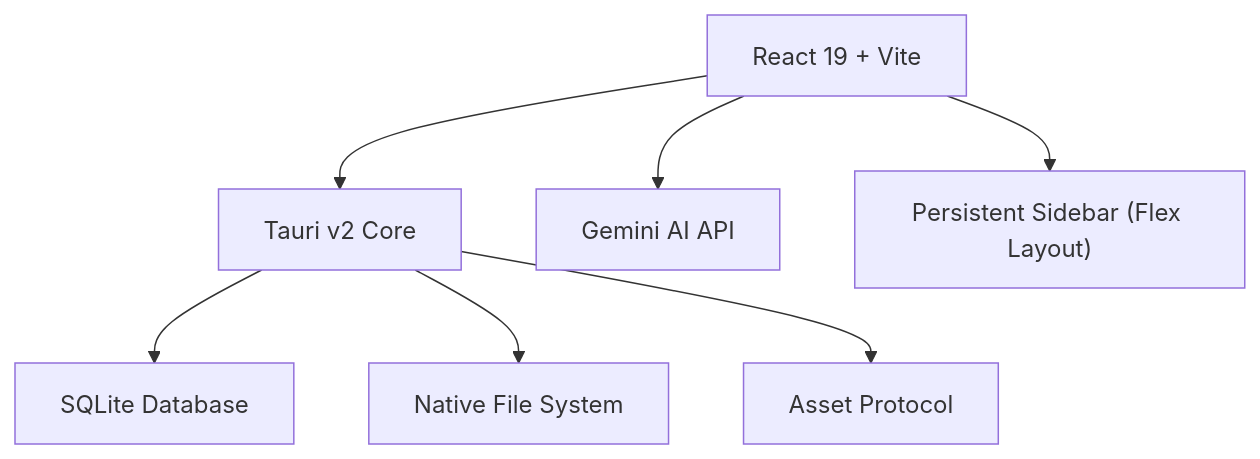
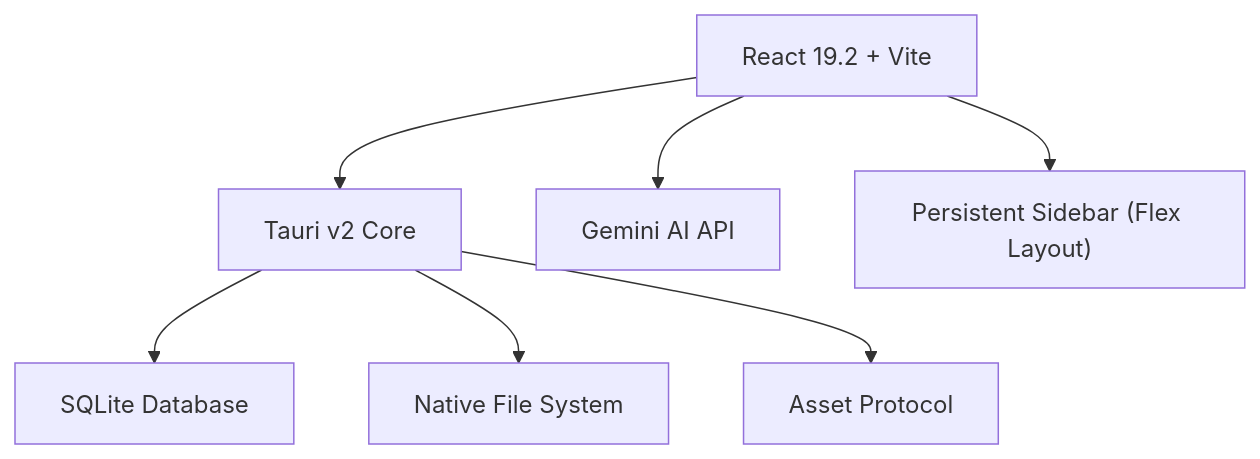
Before and after one commit to groovybronx/portf84: the first of 2 diagrams in docs/architecture/ARCHITECTURE.md, drawn with Mermaid. The commit also changed other lines of this file and 5 other files, not shown here.

````diff
--- a/docs/architecture/ARCHITECTURE.md
+++ b/docs/architecture/ARCHITECTURE.md
@@ -9,9 +9,9 @@
 ```mermaid
 graph TD
-    A[React 19 + Vite] --> B[Tauri v2 Core]
+    A[React 19.2 + Vite] --> B[Tauri v2 Core]
     B --> C[SQLite Database]
     B --> D[Native File System]
     B --> E[Asset Protocol]
     A --> F[Gemini AI API]
     A --> G["Persistent Sidebar (Flex Layout)"]
 ```
````
